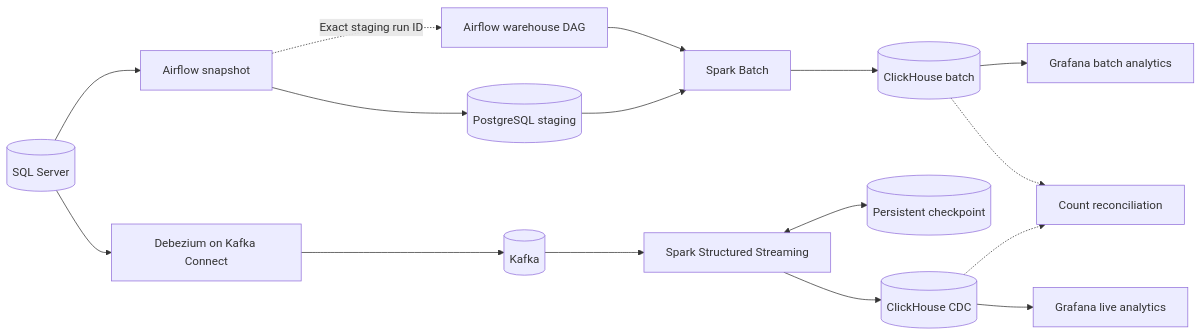
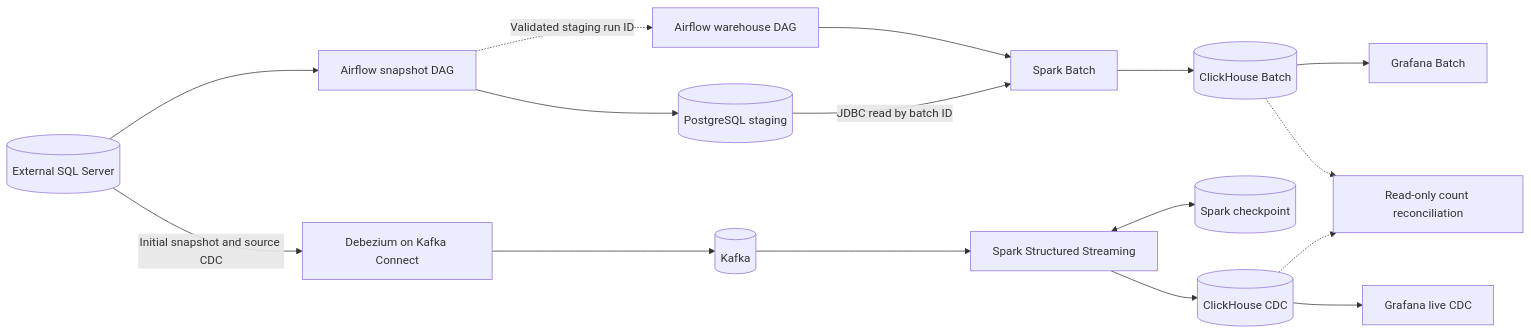
The diagram in README.md (pzolfaghari72/students-data-engineering-platform), drawn with Mermaid before and after one commit. The commit also changed other lines of this file and 134 other files, not shown here.

````diff
--- a/README.md
+++ b/README.md
@@ -9,19 +12,19 @@
 ```mermaid
 flowchart LR
-    SRC[(SQL Server)]
-    SRC --> EX["Airflow snapshot"]
+    SRC[(External SQL Server)]
+    SRC --> EX["Airflow snapshot DAG"]
     EX --> PG[(PostgreSQL staging)]
-    EX -.->|"Exact staging run ID"| AF["Airflow warehouse DAG"]
+    EX -.->|"Validated staging run ID"| AF["Airflow warehouse DAG"]
     AF --> SB["Spark Batch"]
-    PG --> SB
-    SB --> WB[(ClickHouse batch)]
-    SRC --> DC["Debezium on Kafka Connect"]
+    PG -->|"JDBC read by batch ID"| SB
+    SB --> WB[(ClickHouse Batch)]
+    SRC -->|"Initial snapshot and source CDC"| DC["Debezium on Kafka Connect"]
     DC --> KF[(Kafka)]
     KF --> SS["Spark Structured Streaming"]
-    SS <--> CP[(Persistent checkpoint)]
+    SS <--> CP[(Spark checkpoint)]
     SS --> CW[(ClickHouse CDC)]
-    WB --> GB["Grafana batch analytics"]
-    CW --> GC["Grafana live analytics"]
-    WB -.-> RC["Count reconciliation"]
-    CW -.-> RC
+    WB --> GB["Grafana Batch"]
+    CW --> GC["Grafana live CDC"]
+    WB -.-> REC["Read-only count reconciliation"]
+    CW -.-> REC
 ```
````
